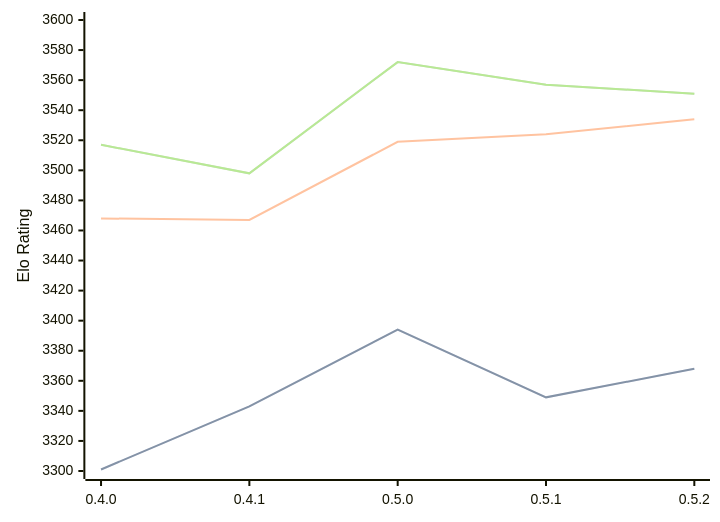
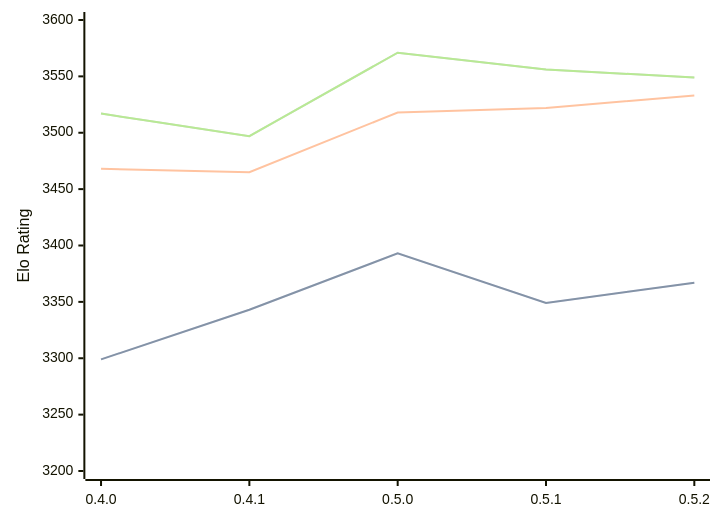
One commit to computer-chess-index/cci changed the diagram in engines/Cinder.md. Above: the diagram before and after it, drawn with Mermaid. The commit also changed other lines of this file, not shown here.

Commit message:
Update CCI Ratings (ELO VLTC) - 2026-08-11

````diff
--- a/engines/Cinder.md
+++ b/engines/Cinder.md
@@ -36,11 +36,11 @@
 ```mermaid
 %%{init: {"theme":"base","themeVariables":{"seriesColors:['#a3a3a3','#222221','#faa371']}}}%%
 xychart-beta
   x-axis ["0.4.0", "0.4.1", "0.5.0", "0.5.1", "0.5.2"]
-  y-axis "Elo Rating" 3300 --> 3600
-  line "STC (8.0+0.08s)" [3301, 3343, 3394, 3349, 3368]
-  line "STC (8.0+0.08s)" [3301, 3343, 3394, 3349, 3368]
-  line "LTC (60.0+0.60s)" [3468, 3467, 3519, 3524, 3534]
-  line "VLTC (2m24s+1.12s)" [3517, 3498, 3572, 3557, 3551]
-  line "VLTC (2m24s+1.12s)" [3517, 3498, 3572, 3557, 3551]
+  y-axis "Elo Rating" 3200 --> 3600
+  line "STC (8.0+0.08s)" [3299, 3343, 3393, 3349, 3367]
+  line "STC (8.0+0.08s)" [3299, 3343, 3393, 3349, 3367]
+  line "LTC (60.0+0.60s)" [3468, 3465, 3518, 3522, 3533]
+  line "VLTC (2m24s+1.12s)" [3517, 3497, 3571, 3556, 3549]
+  line "VLTC (2m24s+1.12s)" [3517, 3497, 3571, 3556, 3549]
 ```
````
